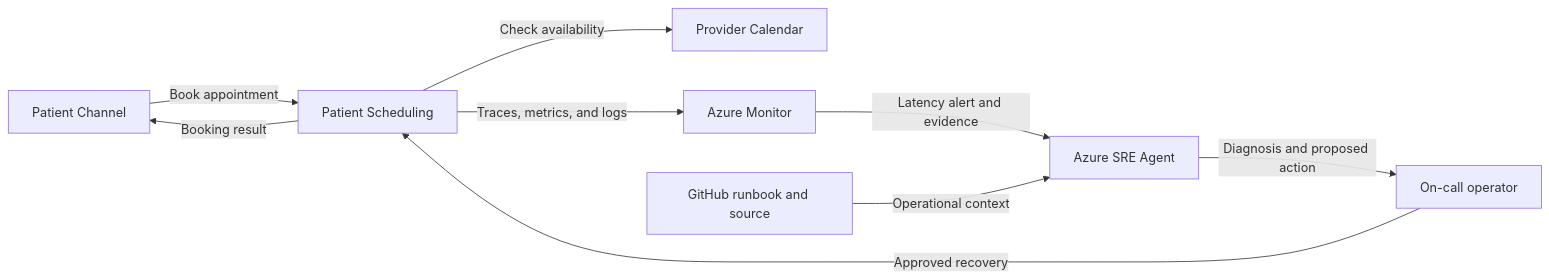
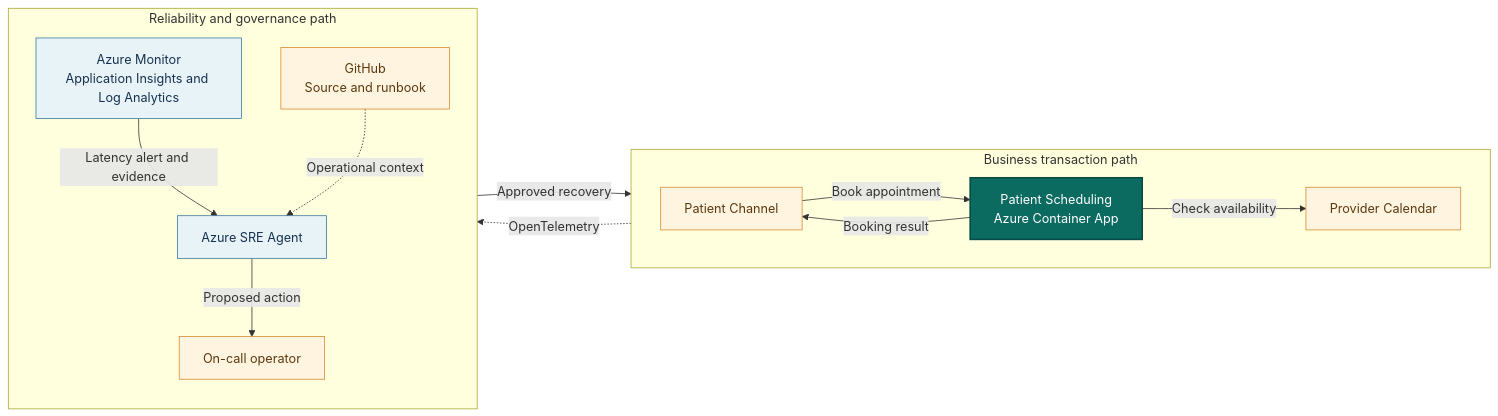
Before and after one commit to KrishnaDistributedcomputing/SREAgentEnterpriseShowcase: the diagram in runbooks/patient-scheduling.md, drawn with Mermaid. The commit also changed other lines of this file and 14 other files, not shown here.

First line of the commit message:
docs(docs): refine system context diagrams

````diff
--- a/runbooks/patient-scheduling.md
+++ b/runbooks/patient-scheduling.md
@@ -32,11 +32,33 @@
 ```mermaid
 flowchart LR
-    Patient[Patient Channel] -->|Book appointment| App[Patient Scheduling]
-    App -->|Check availability| Dependency[Provider Calendar]
-    App -->|Booking result| Patient
-    App -->|Traces, metrics, and logs| Monitor[Azure Monitor]
-    Monitor -->|Latency alert and evidence| Agent[Azure SRE Agent]
-    Runbook[GitHub runbook and source] -->|Operational context| Agent
-    Agent -->|Diagnosis and proposed action| Operator[On-call operator]
-    Operator -->|Approved recovery| App
+    subgraph Business["Business transaction path"]
+        direction LR
+        Patient["Patient Channel"]
+        App["Patient Scheduling<br/>Azure Container App"]
+        Calendar["Provider Calendar"]
+        Patient -->|"Book appointment"| App
+        App -->|"Check availability"| Calendar
+        App -->|"Booking result"| Patient
+    end
+
+    subgraph Operations["Reliability and governance path"]
+        direction TB
+        Monitor["Azure Monitor<br/>Application Insights and Log Analytics"]
+        Agent["Azure SRE Agent"]
+        Operator["On-call operator"]
+        Repository["GitHub<br/>Source and runbook"]
+        Monitor -->|"Latency alert and evidence"| Agent
+        Repository -.->|"Operational context"| Agent
+        Agent -->|"Proposed action"| Operator
+    end
+
+    App -.->|"OpenTelemetry"| Monitor
+    Operator -->|"Approved recovery"| App
+
+    classDef application fill:#0b6b61,color:#ffffff,stroke:#064b45,stroke-width:2px
+    classDef azure fill:#e8f3f8,color:#16324f,stroke:#39789b
+    classDef external fill:#fff4df,color:#5b3a11,stroke:#d78a32
+    class App application
+    class Monitor,Agent azure
+    class Patient,Calendar,Operator,Repository external
 ```
````
